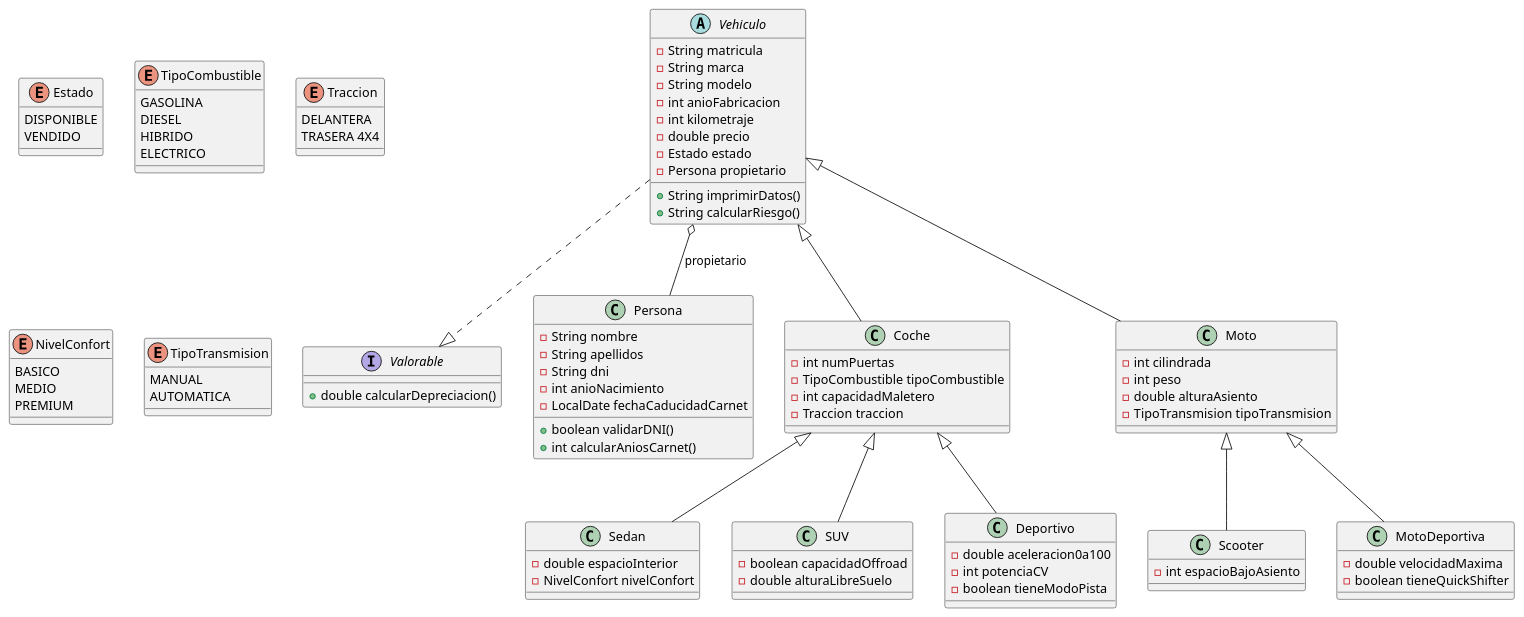
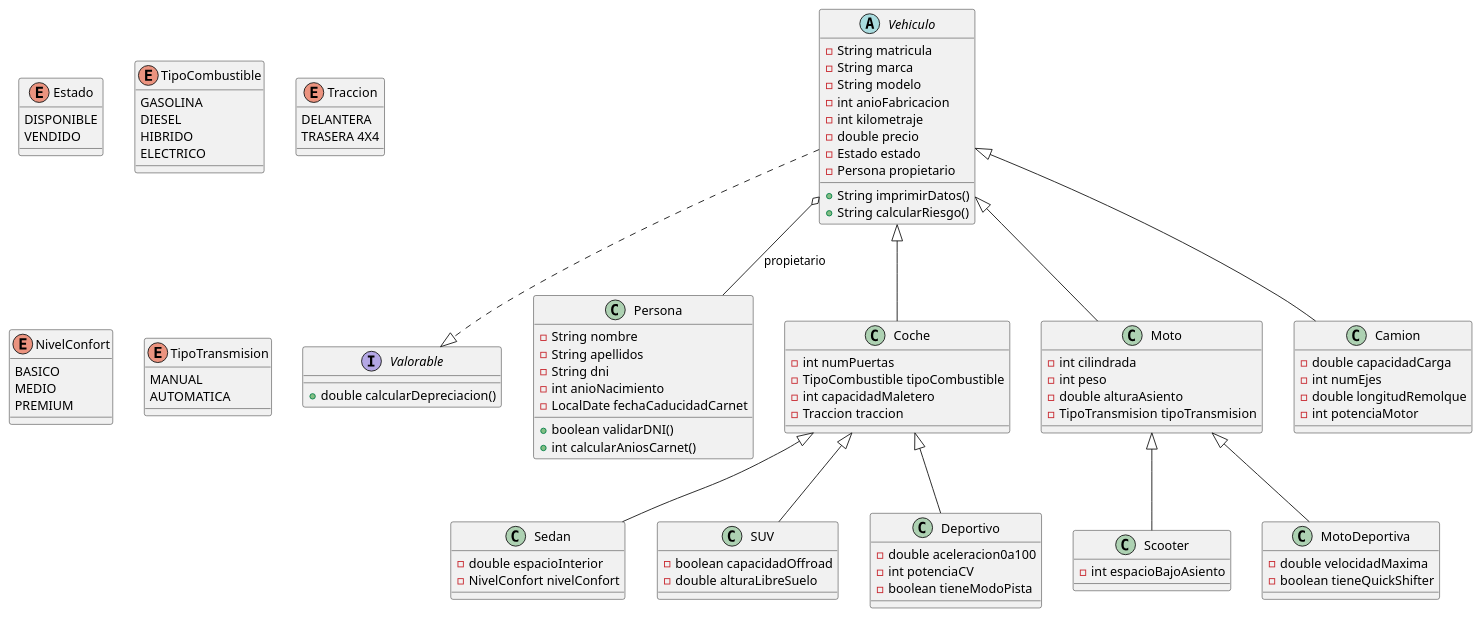
Before and after one commit to R-MEduca/UT5_ED_Prog: the diagram in uml/diagrama_clases.puml, drawn with PlantUML. The commit also changed 1 other file, not shown here.

```diff
--- a/uml/diagrama_clases.puml
+++ b/uml/diagrama_clases.puml
@@ -1,122 +1,132 @@
 @startuml
 
 ' === Enumeraciones ===
 enum Estado {
 DISPONIBLE
 VENDIDO
 }
 
 enum TipoCombustible {
 GASOLINA
 DIESEL
 HIBRIDO
 ELECTRICO
 }
 
 enum Traccion {
 DELANTERA
 TRASERA 4X4
 }
 
 enum NivelConfort{
 BASICO
 MEDIO
 PREMIUM
 }
 
 enum TipoTransmision{
 MANUAL
 AUTOMATICA
 }
 
 ' ===Interfaz===
 interface Valorable {
 +double calcularDepreciacion()
 }
 
 ' === Clase Persona ===
 class Persona {
   -String nombre
   -String apellidos
   -String dni
   -int anioNacimiento
   -LocalDate fechaCaducidadCarnet
 
   +boolean validarDNI()
   +int calcularAniosCarnet()
 }
 
 ' === Clase abstracta Vehiculo ===
 abstract class Vehiculo {
   -String matricula
   -String marca
   -String modelo
   -int anioFabricacion
   -int kilometraje
   -double precio
   -Estado estado
   -Persona propietario
 
   +String imprimirDatos()
   +String calcularRiesgo()
 }
 
 ' === Clase Coche ===
 class Coche {
   -int numPuertas
   -TipoCombustible tipoCombustible
   -int capacidadMaletero
   -Traccion traccion
 }
 
 ' === Subtipos de Coche ===
 class Sedan {
   -double espacioInterior
   -NivelConfort nivelConfort
 }
 
 class SUV {
   -boolean capacidadOffroad
   -double alturaLibreSuelo
 }
 
 class Deportivo {
   -double aceleracion0a100
   -int potenciaCV
   -boolean tieneModoPista
 }
 
 ' === Clase Moto y subtipos ===
 class Moto {
   -int cilindrada
   -int peso
   -double alturaAsiento
   -TipoTransmision tipoTransmision
 }
 
 class Scooter {
   -int espacioBajoAsiento
 }
 
 class MotoDeportiva {
   -double velocidadMaxima
   -boolean tieneQuickShifter
 }
 
+' === Clase Camion ===
+class Camion {
+  -double capacidadCarga
+  -int numEjes
+  -double longitudRemolque
+  -int potenciaMotor
+}
+
+Vehiculo <|-- Camion
+
 Vehiculo <|-- Moto
 Moto <|-- Scooter
 Moto <|-- MotoDeportiva
 
 Coche <|-- Sedan
 Coche <|-- SUV
 Coche <|-- Deportivo
 
 Vehiculo <|-- Coche
 
 Vehiculo ..|> Valorable
 
 Vehiculo o-- Persona : propietario
 
 
 
 @enduml
```
